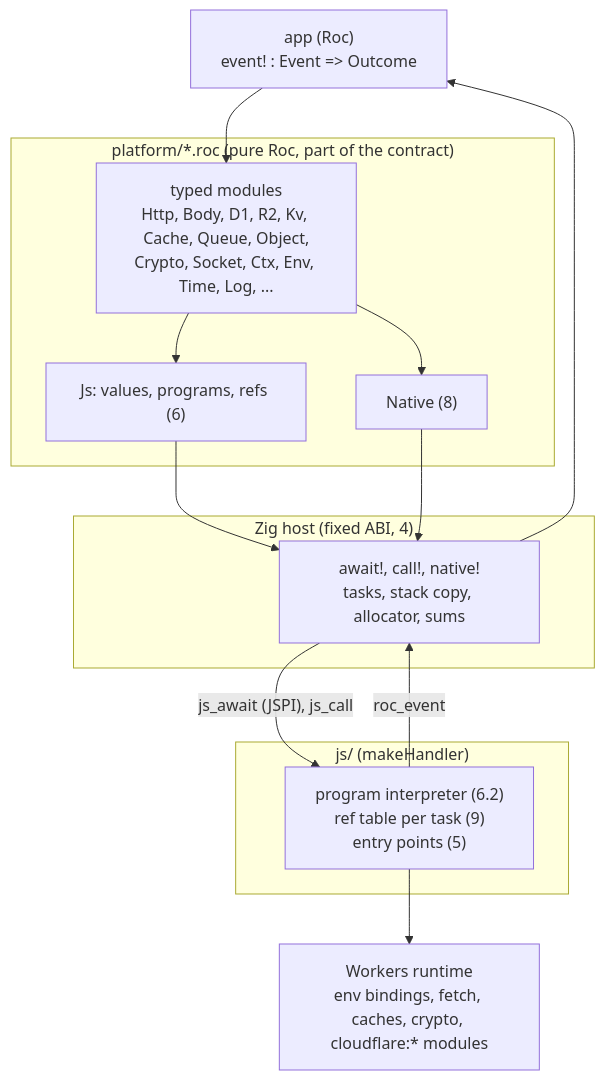
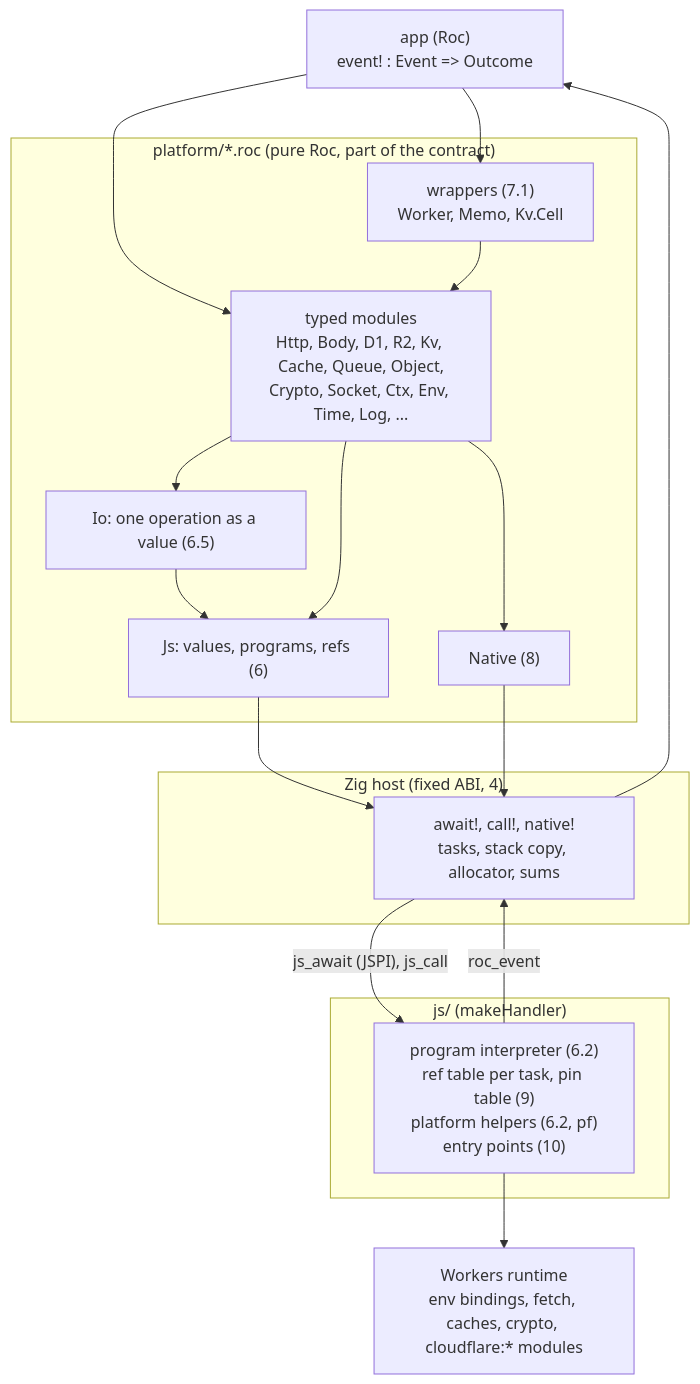
Before and after one commit to Karakatiza666/roc-cloudflare-workers: the diagram in API.md, drawn with Mermaid. The commit also changed other lines of this file and 8 other files, not shown here.

````diff
--- a/API.md
+++ b/API.md
@@ -68,25 +68,31 @@
 ```mermaid
 flowchart TB
     APP["app (Roc)<br/>event! : Event => Outcome"]
     subgraph PF["platform/*.roc (pure Roc, part of the contract)"]
+        WR["wrappers (7.1)<br/>Worker, Memo, Kv.Cell"]
         MOD["typed modules<br/>Http, Body, D1, R2, Kv, Cache, Queue, Object,<br/>Crypto, Socket, Ctx, Env, Time, Log, ..."]
+        IO["Io: one operation as a value (6.5)"]
         JSM["Js: values, programs, refs (6)"]
         NAT["Native (8)"]
     end
     subgraph HOST["Zig host (fixed ABI, 4)"]
         H["await!, call!, native!<br/>tasks, stack copy, allocator, sums"]
     end
     subgraph SHIM["js/ (makeHandler)"]
-        J["program interpreter (6.2)<br/>ref table per task (9)<br/>entry points (5)"]
+        J["program interpreter (6.2)<br/>ref table per task, pin table (9)<br/>platform helpers (6.2, pf)<br/>entry points (10)"]
     end
     W["Workers runtime<br/>env bindings, fetch, caches, crypto, cloudflare:* modules"]
+    APP --> WR
     APP --> MOD
+    WR --> MOD
+    MOD --> IO
+    IO --> JSM
     MOD --> JSM
     MOD --> NAT
     JSM --> H
     NAT --> H
     H -->|"js_await (JSPI), js_call"| J
     J --> W
     J -->|"roc_event"| H
     H --> APP
 ```
````
